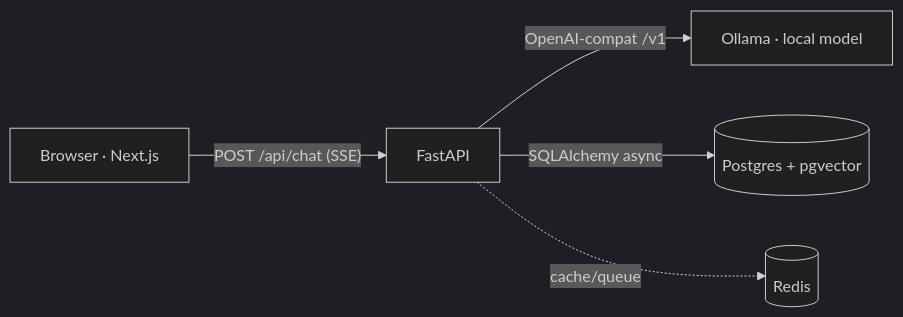
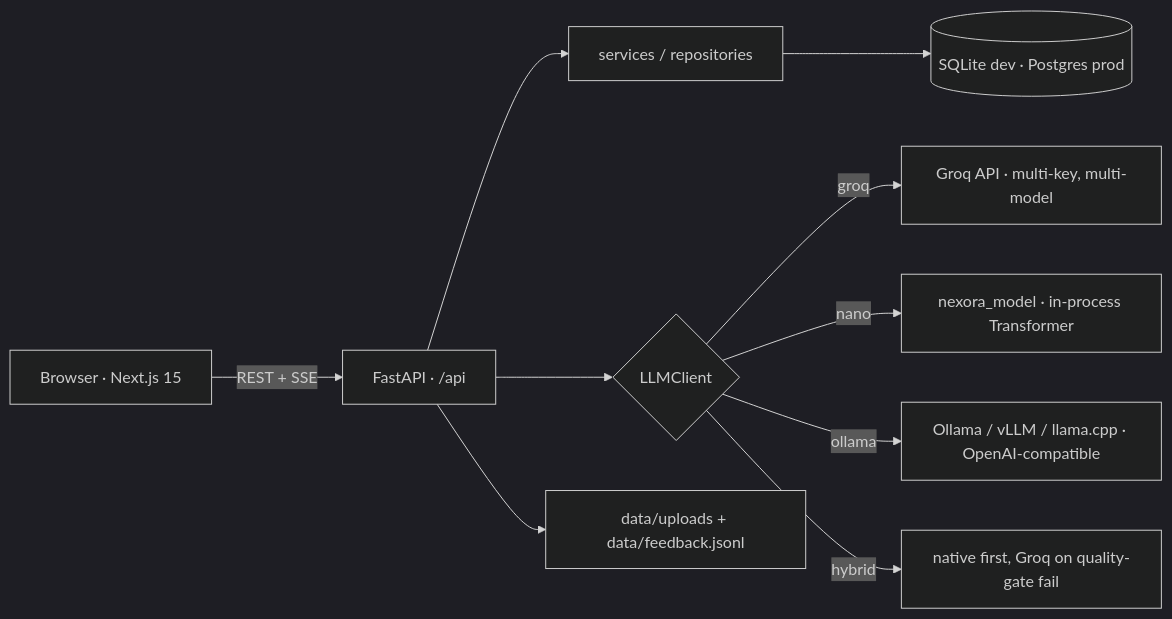
Before and after one commit to RiteshKumar2e/Nexora: the first of 2 diagrams in README.md, drawn with Mermaid (dark theme). The commit also changed other lines of this file and 1 other file, not shown here.

````diff
--- a/README.md
+++ b/README.md
@@ -25,7 +36,12 @@
 ```mermaid
 flowchart LR
-  U[Browser · Next.js] -- POST /api/chat (SSE) --> B[FastAPI]
-  B -- OpenAI-compat /v1 --> O[Ollama · local model]
-  B -- SQLAlchemy async --> P[(Postgres + pgvector)]
-  B -. cache/queue .-> R[(Redis)]
+  U[Browser · Next.js 15] -- REST + SSE --> B[FastAPI · /api]
+  B --> S[services / repositories]
+  S --> D[(SQLite dev · Postgres prod)]
+  B --> L{LLMClient}
+  L -->|groq| G[Groq API · multi-key, multi-model]
+  L -->|nano| N[nexora_model · in-process Transformer]
+  L -->|ollama| O[Ollama / vLLM / llama.cpp · OpenAI-compatible]
+  L -->|hybrid| H[native first, Groq on quality-gate fail]
+  B --> F[data/uploads + data/feedback.jsonl]
 ```
````
